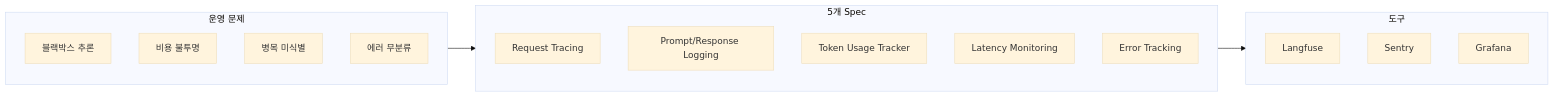
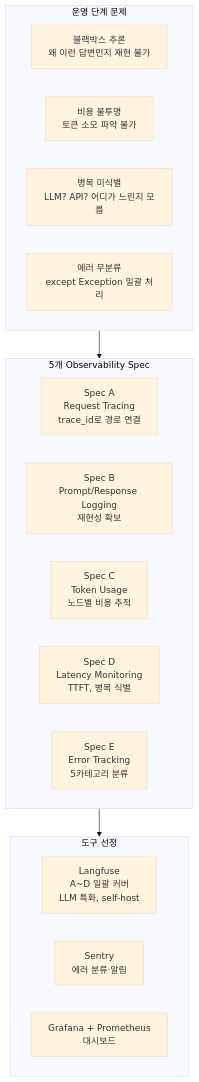
Before and after one commit to SJayKim/SJayKim: the second of 6 diagrams in README.md, drawn with Mermaid (base theme). The commit also changed other lines of this file and 2 other files, not shown here.

````diff
--- a/README.md
+++ b/README.md
@@ -377,25 +129,25 @@
 ```mermaid
-flowchart LR
-    subgraph Problem["운영 문제"]
-        P1["블랙박스 추론"]
-        P2["비용 불투명"]
-        P3["병목 미식별"]
-        P4["에러 무분류"]
+flowchart TB
+    subgraph Problem["운영 단계 문제"]
+        P1["블랙박스 추론<br/>왜 이런 답변인지 재현 불가"]
+        P2["비용 불투명<br/>토큰 소모 파악 불가"]
+        P3["병목 미식별<br/>LLM? API? 어디가 느린지 모름"]
+        P4["에러 무분류<br/>except Exception 일괄 처리"]
     end
 
-    subgraph Specs["5개 Spec"]
-        A["Request Tracing"]
-        B["Prompt/Response Logging"]
-        C["Token Usage Tracker"]
-        D["Latency Monitoring"]
-        E["Error Tracking"]
+    subgraph Specs["5개 Observability Spec"]
+        A["Spec A<br/>Request Tracing<br/>trace_id로 경로 연결"]
+        B["Spec B<br/>Prompt/Response Logging<br/>재현성 확보"]
+        C["Spec C<br/>Token Usage<br/>노드별 비용 추적"]
+        D["Spec D<br/>Latency Monitoring<br/>TTFT, 병목 식별"]
+        E["Spec E<br/>Error Tracking<br/>5카테고리 분류"]
     end
 
-    subgraph Tools["도구"]
-        Langfuse["Langfuse"]
-        Sentry["Sentry"]
-        Grafana["Grafana"]
+    subgraph Tools["도구 선정"]
+        Langfuse["Langfuse<br/>A~D 일괄 커버<br/>LLM 특화, self-host"]
+        Sentry["Sentry<br/>에러 분류·알림"]
+        Grafana["Grafana + Prometheus<br/>대시보드"]
     end
 
     Problem --> Specs --> Tools
 ```
````
